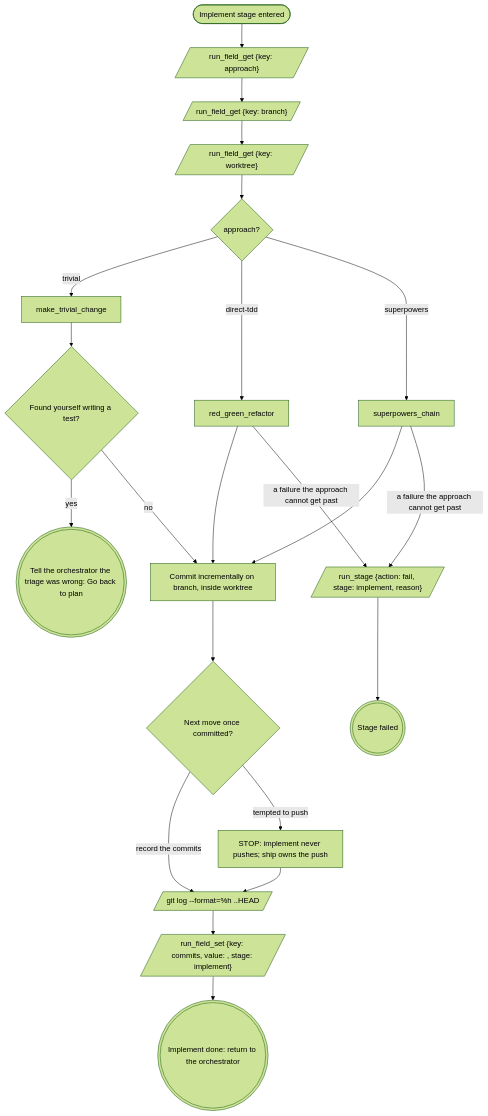
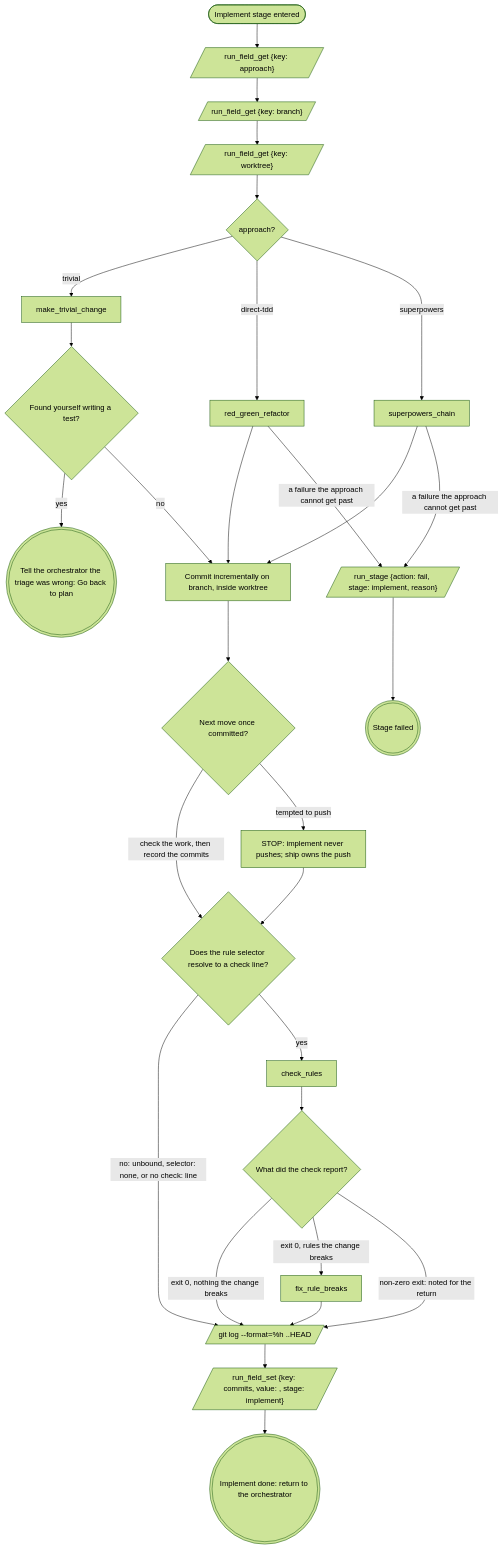
The diagram in plugins/mattstack/attachments/pipeline/stage-implement/index.block.md (m4ttstack/mattstack), drawn with Mermaid (forest theme) before and after one commit. The commit also changed 10 other files, not shown here.

First line of the commit message:
rule-selector: optional check line, run once by stage-implement (#957)

````diff
--- a/plugins/mattstack/attachments/pipeline/stage-implement/index.block.md
+++ b/plugins/mattstack/attachments/pipeline/stage-implement/index.block.md
@@ -21,43 +21,54 @@
 ```mermaid
 flowchart TB
 %% name: implement
     implement_entered([Implement stage entered])
     run_field_get_approach[/"run_field_get {key: approach}"/]
     run_field_get_branch[/"run_field_get {key: branch}"/]
     run_field_get_worktree[/"run_field_get {key: worktree}"/]
     approach_tier{approach?}
     make_trivial_change
     test_while_trivial{Found yourself writing a test?}
     red_green_refactor
     superpowers_chain
     commit_incrementally[Commit incrementally on branch, inside worktree]
     next_move{Next move once committed?}
     stop_implement_push[STOP: implement never pushes; ship owns the push]:::stop
+    check_bound{Does the rule selector resolve to a check line?}
+    check_rules
+    check_result{What did the check report?}
+    fix_rule_breaks
     git_log_shas[/git log --format=%h <branch-point>..HEAD/]
     run_field_set_commits[/"run_field_set {key: commits, value: <shas>, stage: implement}"/]
     run_stage_fail[/"run_stage {action: fail, stage: implement, reason}"/]
     stage_failed(((Stage failed)))
     tell_triage_wrong(((Tell the orchestrator the triage was wrong: Go back to plan)))
     implement_done(((Implement done: return to the orchestrator))):::done
     implement_entered --> run_field_get_approach
     run_field_get_approach --> run_field_get_branch
     run_field_get_branch --> run_field_get_worktree
     run_field_get_worktree --> approach_tier
     approach_tier -->|trivial| make_trivial_change
     approach_tier -->|direct-tdd| red_green_refactor
     approach_tier -->|superpowers| superpowers_chain
     make_trivial_change --> test_while_trivial
     test_while_trivial -->|yes| tell_triage_wrong
     test_while_trivial -->|no| commit_incrementally
     red_green_refactor --> commit_incrementally
     red_green_refactor -->|a failure the approach cannot get past| run_stage_fail
     superpowers_chain --> commit_incrementally
     superpowers_chain -->|a failure the approach cannot get past| run_stage_fail
     commit_incrementally --> next_move
-    next_move -->|record the commits| git_log_shas
+    next_move -->|check the work, then record the commits| check_bound
     next_move -->|tempted to push| stop_implement_push
-    stop_implement_push --> git_log_shas
+    stop_implement_push --> check_bound
+    check_bound -->|no: unbound, selector: none, or no check: line| git_log_shas
+    check_bound -->|yes| check_rules
+    check_rules --> check_result
+    check_result -->|exit 0, nothing the change breaks| git_log_shas
+    check_result -->|exit 0, rules the change breaks| fix_rule_breaks
+    check_result -->|non-zero exit: noted for the return| git_log_shas
+    fix_rule_breaks --> git_log_shas
     git_log_shas --> run_field_set_commits
     run_field_set_commits --> implement_done
     run_stage_fail --> stage_failed
 ```
````
